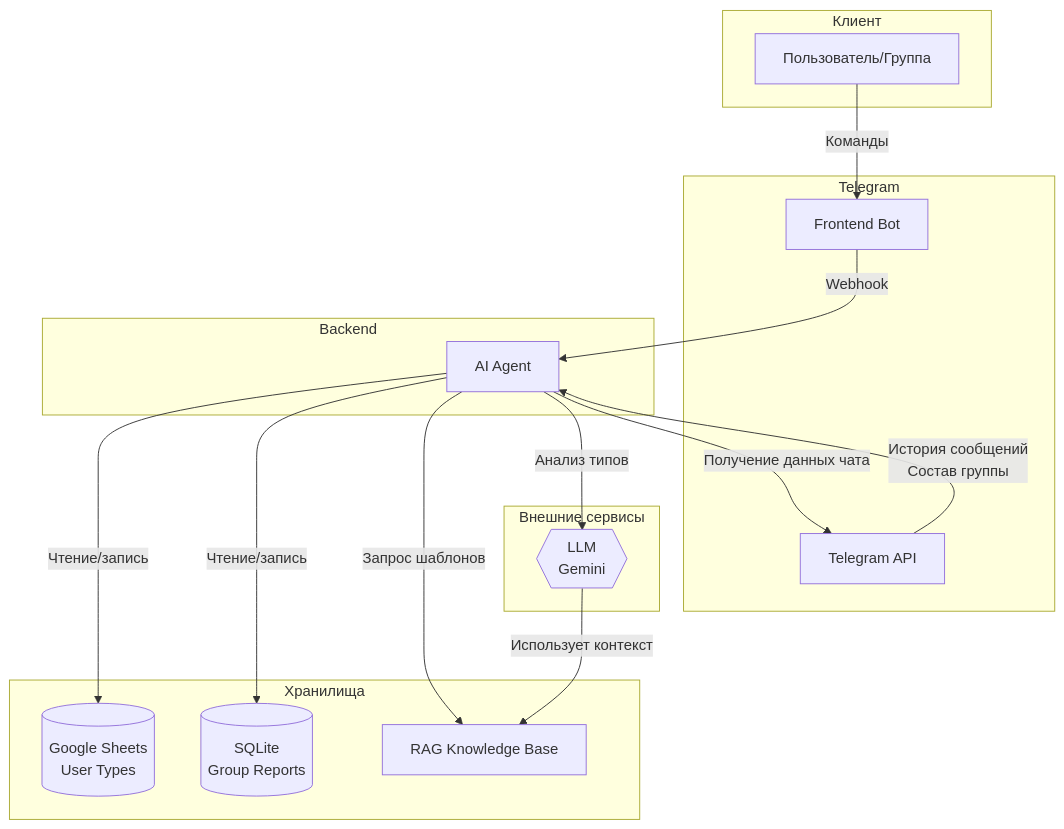
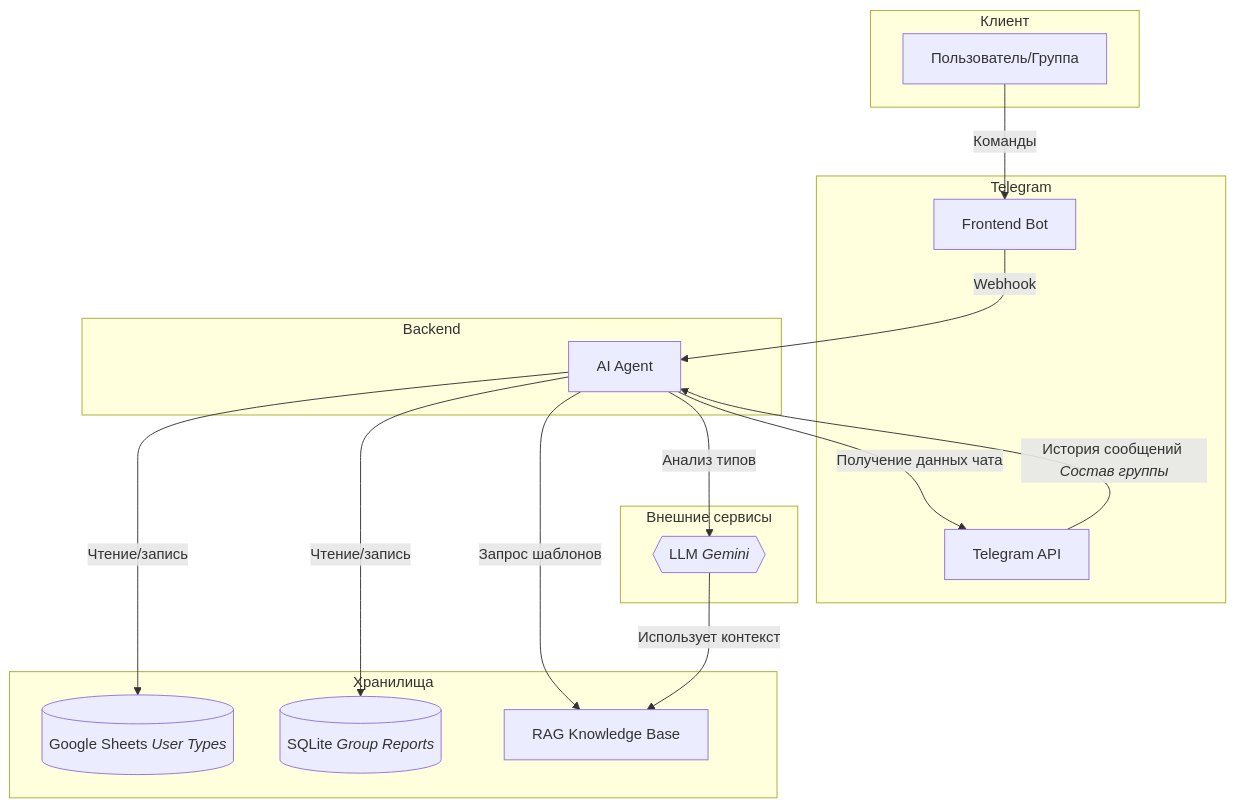
Before and after one commit to toxicneka/catlover: the diagram in README.md, drawn with Mermaid.

````diff
--- a/README.md
+++ b/README.md
@@ -1,35 +1,35 @@
 ```mermaid
 graph TD
     subgraph "Клиент"
         A[Пользователь/Группа]
     end
 
     subgraph "Telegram"
         B[Frontend Bot]
         I[Telegram API]
     end
 
     subgraph "Backend"
         D[AI Agent]
     end
 
     subgraph "Хранилища"
-        E[(Google Sheets\nUser Types)]
-        F[(SQLite\nGroup Reports)]
+        E[(Google Sheets <i>User Types</i>)]
+        F[(SQLite <i>Group Reports</i>)]
         J[RAG Knowledge Base]
     end
 
     subgraph "Внешние сервисы"
-        G{{LLM\nGemini}}
+        G{{LLM <i>Gemini</i>}}
     end
 
     A -- Команды --> B
     B -- Webhook --> D
     D -- Чтение/запись --> E
     D -- Чтение/запись --> F
     D -- Запрос шаблонов --> J
     D -- Анализ типов --> G
     D -- Получение данных чата --> I
     G -- Использует контекст --> J
-    I -- История сообщений\nСостав группы --> D
+    I -- История сообщений <i>Состав группы</i> --> D
 ```
````
